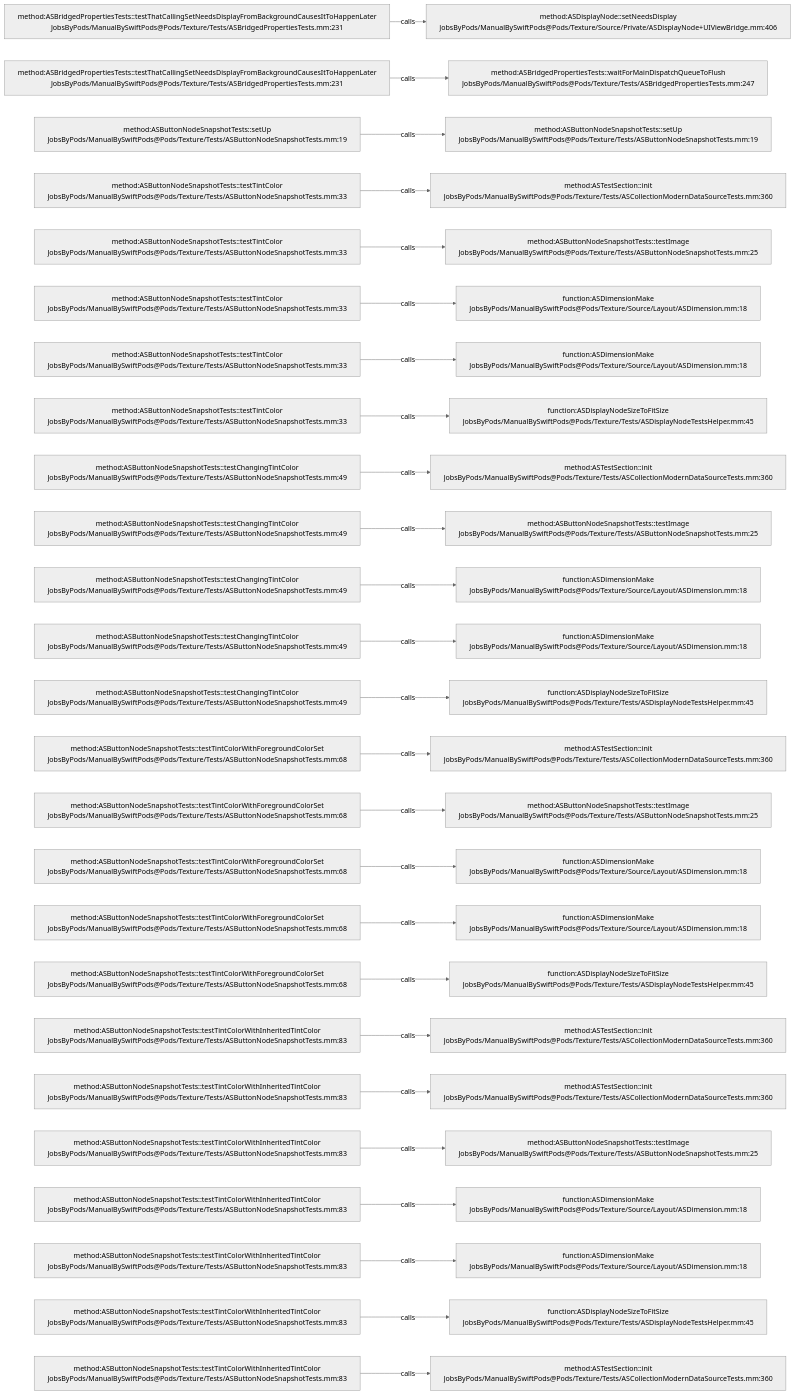
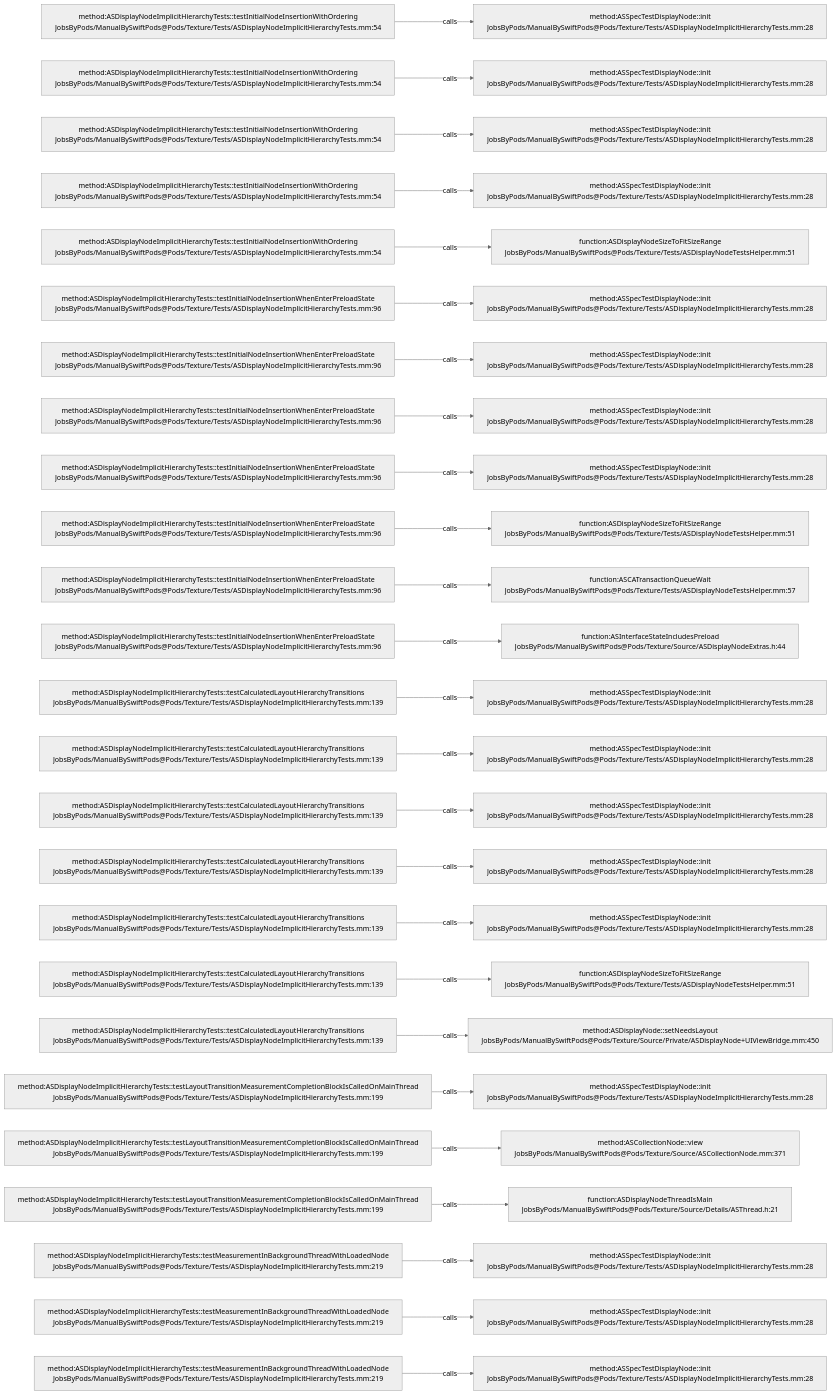
Before and after one commit to JobsKits/JobsSwiftBaseConfigDemo: the diagram in .codegraph/codegraph.md/graphs/calls-184.md, drawn with Mermaid (neutral theme). The commit also changed 832 other files, not shown here.

````diff
--- a/.codegraph/codegraph.md/graphs/calls-184.md
+++ b/.codegraph/codegraph.md/graphs/calls-184.md
@@ -13,78 +13,78 @@
 ```mermaid
 flowchart LR
-  S1["method:ASBridgedPropertiesTests::testThatCallingSetNeedsDisplayFromBackgroundCausesItToHappenLater<br/>JobsByPods/ManualBySwiftPods@Pods/Texture/Tests/ASBridgedPropertiesTests.mm:231"]
-  T1["method:ASDisplayNode::setNeedsDisplay<br/>JobsByPods/ManualBySwiftPods@Pods/Texture/Source/Private/ASDisplayNode+UIViewBridge.mm:406"]
+  S1["method:ASDisplayNodeImplicitHierarchyTests::testInitialNodeInsertionWithOrdering<br/>JobsByPods/ManualBySwiftPods@Pods/Texture/Tests/ASDisplayNodeImplicitHierarchyTests.mm:54"]
+  T1["method:ASSpecTestDisplayNode::init<br/>JobsByPods/ManualBySwiftPods@Pods/Texture/Tests/ASDisplayNodeImplicitHierarchyTests.mm:28"]
   S1 -->|calls| T1
-  S2["method:ASBridgedPropertiesTests::testThatCallingSetNeedsDisplayFromBackgroundCausesItToHappenLater<br/>JobsByPods/ManualBySwiftPods@Pods/Texture/Tests/ASBridgedPropertiesTests.mm:231"]
-  T2["method:ASBridgedPropertiesTests::waitForMainDispatchQueueToFlush<br/>JobsByPods/ManualBySwiftPods@Pods/Texture/Tests/ASBridgedPropertiesTests.mm:247"]
+  S2["method:ASDisplayNodeImplicitHierarchyTests::testInitialNodeInsertionWithOrdering<br/>JobsByPods/ManualBySwiftPods@Pods/Texture/Tests/ASDisplayNodeImplicitHierarchyTests.mm:54"]
+  T2["method:ASSpecTestDisplayNode::init<br/>JobsByPods/ManualBySwiftPods@Pods/Texture/Tests/ASDisplayNodeImplicitHierarchyTests.mm:28"]
   S2 -->|calls| T2
-  S3["method:ASButtonNodeSnapshotTests::setUp<br/>JobsByPods/ManualBySwiftPods@Pods/Texture/Tests/ASButtonNodeSnapshotTests.mm:19"]
-  T3["method:ASButtonNodeSnapshotTests::setUp<br/>JobsByPods/ManualBySwiftPods@Pods/Texture/Tests/ASButtonNodeSnapshotTests.mm:19"]
+  S3["method:ASDisplayNodeImplicitHierarchyTests::testInitialNodeInsertionWithOrdering<br/>JobsByPods/ManualBySwiftPods@Pods/Texture/Tests/ASDisplayNodeImplicitHierarchyTests.mm:54"]
+  T3["method:ASSpecTestDisplayNode::init<br/>JobsByPods/ManualBySwiftPods@Pods/Texture/Tests/ASDisplayNodeImplicitHierarchyTests.mm:28"]
   S3 -->|calls| T3
-  S4["method:ASButtonNodeSnapshotTests::testTintColor<br/>JobsByPods/ManualBySwiftPods@Pods/Texture/Tests/ASButtonNodeSnapshotTests.mm:33"]
-  T4["method:ASTestSection::init<br/>JobsByPods/ManualBySwiftPods@Pods/Texture/Tests/ASCollectionModernDataSourceTests.mm:360"]
+  S4["method:ASDisplayNodeImplicitHierarchyTests::testInitialNodeInsertionWithOrdering<br/>JobsByPods/ManualBySwiftPods@Pods/Texture/Tests/ASDisplayNodeImplicitHierarchyTests.mm:54"]
+  T4["method:ASSpecTestDisplayNode::init<br/>JobsByPods/ManualBySwiftPods@Pods/Texture/Tests/ASDisplayNodeImplicitHierarchyTests.mm:28"]
   S4 -->|calls| T4
-  S5["method:ASButtonNodeSnapshotTests::testTintColor<br/>JobsByPods/ManualBySwiftPods@Pods/Texture/Tests/ASButtonNodeSnapshotTests.mm:33"]
-  T5["method:ASButtonNodeSnapshotTests::testImage<br/>JobsByPods/ManualBySwiftPods@Pods/Texture/Tests/ASButtonNodeSnapshotTests.mm:25"]
+  S5["method:ASDisplayNodeImplicitHierarchyTests::testInitialNodeInsertionWithOrdering<br/>JobsByPods/ManualBySwiftPods@Pods/Texture/Tests/ASDisplayNodeImplicitHierarchyTests.mm:54"]
+  T5["function:ASDisplayNodeSizeToFitSizeRange<br/>JobsByPods/ManualBySwiftPods@Pods/Texture/Tests/ASDisplayNodeTestsHelper.mm:51"]
   S5 -->|calls| T5
-  S6["method:ASButtonNodeSnapshotTests::testTintColor<br/>JobsByPods/ManualBySwiftPods@Pods/Texture/Tests/ASButtonNodeSnapshotTests.mm:33"]
-  T6["function:ASDimensionMake<br/>JobsByPods/ManualBySwiftPods@Pods/Texture/Source/Layout/ASDimension.mm:18"]
+  S6["method:ASDisplayNodeImplicitHierarchyTests::testInitialNodeInsertionWhenEnterPreloadState<br/>JobsByPods/ManualBySwiftPods@Pods/Texture/Tests/ASDisplayNodeImplicitHierarchyTests.mm:96"]
+  T6["method:ASSpecTestDisplayNode::init<br/>JobsByPods/ManualBySwiftPods@Pods/Texture/Tests/ASDisplayNodeImplicitHierarchyTests.mm:28"]
   S6 -->|calls| T6
-  S7["method:ASButtonNodeSnapshotTests::testTintColor<br/>JobsByPods/ManualBySwiftPods@Pods/Texture/Tests/ASButtonNodeSnapshotTests.mm:33"]
-  T7["function:ASDimensionMake<br/>JobsByPods/ManualBySwiftPods@Pods/Texture/Source/Layout/ASDimension.mm:18"]
+  S7["method:ASDisplayNodeImplicitHierarchyTests::testInitialNodeInsertionWhenEnterPreloadState<br/>JobsByPods/ManualBySwiftPods@Pods/Texture/Tests/ASDisplayNodeImplicitHierarchyTests.mm:96"]
+  T7["method:ASSpecTestDisplayNode::init<br/>JobsByPods/ManualBySwiftPods@Pods/Texture/Tests/ASDisplayNodeImplicitHierarchyTests.mm:28"]
   S7 -->|calls| T7
-  S8["method:ASButtonNodeSnapshotTests::testTintColor<br/>JobsByPods/ManualBySwiftPods@Pods/Texture/Tests/ASButtonNodeSnapshotTests.mm:33"]
-  T8["function:ASDisplayNodeSizeToFitSize<br/>JobsByPods/ManualBySwiftPods@Pods/Texture/Tests/ASDisplayNodeTestsHelper.mm:45"]
+  S8["method:ASDisplayNodeImplicitHierarchyTests::testInitialNodeInsertionWhenEnterPreloadState<br/>JobsByPods/ManualBySwiftPods@Pods/Texture/Tests/ASDisplayNodeImplicitHierarchyTests.mm:96"]
+  T8["method:ASSpecTestDisplayNode::init<br/>JobsByPods/ManualBySwiftPods@Pods/Texture/Tests/ASDisplayNodeImplicitHierarchyTests.mm:28"]
   S8 -->|calls| T8
-  S9["method:ASButtonNodeSnapshotTests::testChangingTintColor<br/>JobsByPods/ManualBySwiftPods@Pods/Texture/Tests/ASButtonNodeSnapshotTests.mm:49"]
-  T9["method:ASTestSection::init<br/>JobsByPods/ManualBySwiftPods@Pods/Texture/Tests/ASCollectionModernDataSourceTests.mm:360"]
+  S9["method:ASDisplayNodeImplicitHierarchyTests::testInitialNodeInsertionWhenEnterPreloadState<br/>JobsByPods/ManualBySwiftPods@Pods/Texture/Tests/ASDisplayNodeImplicitHierarchyTests.mm:96"]
+  T9["method:ASSpecTestDisplayNode::init<br/>JobsByPods/ManualBySwiftPods@Pods/Texture/Tests/ASDisplayNodeImplicitHierarchyTests.mm:28"]
   S9 -->|calls| T9
-  S10["method:ASButtonNodeSnapshotTests::testChangingTintColor<br/>JobsByPods/ManualBySwiftPods@Pods/Texture/Tests/ASButtonNodeSnapshotTests.mm:49"]
-  T10["method:ASButtonNodeSnapshotTests::testImage<br/>JobsByPods/ManualBySwiftPods@Pods/Texture/Tests/ASButtonNodeSnapshotTests.mm:25"]
+  S10["method:ASDisplayNodeImplicitHierarchyTests::testInitialNodeInsertionWhenEnterPreloadState<br/>JobsByPods/ManualBySwiftPods@Pods/Texture/Tests/ASDisplayNodeImplicitHierarchyTests.mm:96"]
+  T10["function:ASDisplayNodeSizeToFitSizeRange<br/>JobsByPods/ManualBySwiftPods@Pods/Texture/Tests/ASDisplayNodeTestsHelper.mm:51"]
   S10 -->|calls| T10
-  S11["method:ASButtonNodeSnapshotTests::testChangingTintColor<br/>JobsByPods/ManualBySwiftPods@Pods/Texture/Tests/ASButtonNodeSnapshotTests.mm:49"]
-  T11["function:ASDimensionMake<br/>JobsByPods/ManualBySwiftPods@Pods/Texture/Source/Layout/ASDimension.mm:18"]
+  S11["method:ASDisplayNodeImplicitHierarchyTests::testInitialNodeInsertionWhenEnterPreloadState<br/>JobsByPods/ManualBySwiftPods@Pods/Texture/Tests/ASDisplayNodeImplicitHierarchyTests.mm:96"]
+  T11["function:ASCATransactionQueueWait<br/>JobsByPods/ManualBySwiftPods@Pods/Texture/Tests/ASDisplayNodeTestsHelper.mm:57"]
   S11 -->|calls| T11
-  S12["method:ASButtonNodeSnapshotTests::testChangingTintColor<br/>JobsByPods/ManualBySwiftPods@Pods/Texture/Tests/ASButtonNodeSnapshotTests.mm:49"]
-  T12["function:ASDimensionMake<br/>JobsByPods/ManualBySwiftPods@Pods/Texture/Source/Layout/ASDimension.mm:18"]
+  S12["method:ASDisplayNodeImplicitHierarchyTests::testInitialNodeInsertionWhenEnterPreloadState<br/>JobsByPods/ManualBySwiftPods@Pods/Texture/Tests/ASDisplayNodeImplicitHierarchyTests.mm:96"]
+  T12["function:ASInterfaceStateIncludesPreload<br/>JobsByPods/ManualBySwiftPods@Pods/Texture/Source/ASDisplayNodeExtras.h:44"]
   S12 -->|calls| T12
-  S13["method:ASButtonNodeSnapshotTests::testChangingTintColor<br/>JobsByPods/ManualBySwiftPods@Pods/Texture/Tests/ASButtonNodeSnapshotTests.mm:49"]
-  T13["function:ASDisplayNodeSizeToFitSize<br/>JobsByPods/ManualBySwiftPods@Pods/Texture/Tests/ASDisplayNodeTestsHelper.mm:45"]
+  S13["method:ASDisplayNodeImplicitHierarchyTests::testCalculatedLayoutHierarchyTransitions<br/>JobsByPods/ManualBySwiftPods@Pods/Texture/Tests/ASDisplayNodeImplicitHierarchyTests.mm:139"]
+  T13["method:ASSpecTestDisplayNode::init<br/>JobsByPods/ManualBySwiftPods@Pods/Texture/Tests/ASDisplayNodeImplicitHierarchyTests.mm:28"]
   S13 -->|calls| T13
-  S14["method:ASButtonNodeSnapshotTests::testTintColorWithForegroundColorSet<br/>JobsByPods/ManualBySwiftPods@Pods/Texture/Tests/ASButtonNodeSnapshotTests.mm:68"]
-  T14["method:ASTestSection::init<br/>JobsByPods/ManualBySwiftPods@Pods/Texture/Tests/ASCollectionModernDataSourceTests.mm:360"]
+  S14["method:ASDisplayNodeImplicitHierarchyTests::testCalculatedLayoutHierarchyTransitions<br/>JobsByPods/ManualBySwiftPods@Pods/Texture/Tests/ASDisplayNodeImplicitHierarchyTests.mm:139"]
+  T14["method:ASSpecTestDisplayNode::init<br/>JobsByPods/ManualBySwiftPods@Pods/Texture/Tests/ASDisplayNodeImplicitHierarchyTests.mm:28"]
   S14 -->|calls| T14
-  S15["method:ASButtonNodeSnapshotTests::testTintColorWithForegroundColorSet<br/>JobsByPods/ManualBySwiftPods@Pods/Texture/Tests/ASButtonNodeSnapshotTests.mm:68"]
-  T15["method:ASButtonNodeSnapshotTests::testImage<br/>JobsByPods/ManualBySwiftPods@Pods/Texture/Tests/ASButtonNodeSnapshotTests.mm:25"]
+  S15["method:ASDisplayNodeImplicitHierarchyTests::testCalculatedLayoutHierarchyTransitions<br/>JobsByPods/ManualBySwiftPods@Pods/Texture/Tests/ASDisplayNodeImplicitHierarchyTests.mm:139"]
+  T15["method:ASSpecTestDisplayNode::init<br/>JobsByPods/ManualBySwiftPods@Pods/Texture/Tests/ASDisplayNodeImplicitHierarchyTests.mm:28"]
   S15 -->|calls| T15
-  S16["method:ASButtonNodeSnapshotTests::testTintColorWithForegroundColorSet<br/>JobsByPods/ManualBySwiftPods@Pods/Texture/Tests/ASButtonNodeSnapshotTests.mm:68"]
-  T16["function:ASDimensionMake<br/>JobsByPods/ManualBySwiftPods@Pods/Texture/Source/Layout/ASDimension.mm:18"]
+  S16["method:ASDisplayNodeImplicitHierarchyTests::testCalculatedLayoutHierarchyTransitions<br/>JobsByPods/ManualBySwiftPods@Pods/Texture/Tests/ASDisplayNodeImplicitHierarchyTests.mm:139"]
+  T16["method:ASSpecTestDisplayNode::init<br/>JobsByPods/ManualBySwiftPods@Pods/Texture/Tests/ASDisplayNodeImplicitHierarchyTests.mm:28"]
   S16 -->|calls| T16
-  S17["method:ASButtonNodeSnapshotTests::testTintColorWithForegroundColorSet<br/>JobsByPods/ManualBySwiftPods@Pods/Texture/Tests/ASButtonNodeSnapshotTests.mm:68"]
-  T17["function:ASDimensionMake<br/>JobsByPods/ManualBySwiftPods@Pods/Texture/Source/Layout/ASDimension.mm:18"]
+  S17["method:ASDisplayNodeImplicitHierarchyTests::testCalculatedLayoutHierarchyTransitions<br/>JobsByPods/ManualBySwiftPods@Pods/Texture/Tests/ASDisplayNodeImplicitHierarchyTests.mm:139"]
+  T17["method:ASSpecTestDisplayNode::init<br/>JobsByPods/ManualBySwiftPods@Pods/Texture/Tests/ASDisplayNodeImplicitHierarchyTests.mm:28"]
   S17 -->|calls| T17
-  S18["method:ASButtonNodeSnapshotTests::testTintColorWithForegroundColorSet<br/>JobsByPods/ManualBySwiftPods@Pods/Texture/Tests/ASButtonNodeSnapshotTests.mm:68"]
-  T18["function:ASDisplayNodeSizeToFitSize<br/>JobsByPods/ManualBySwiftPods@Pods/Texture/Tests/ASDisplayNodeTestsHelper.mm:45"]
+  S18["method:ASDisplayNodeImplicitHierarchyTests::testCalculatedLayoutHierarchyTransitions<br/>JobsByPods/ManualBySwiftPods@Pods/Texture/Tests/ASDisplayNodeImplicitHierarchyTests.mm:139"]
+  T18["function:ASDisplayNodeSizeToFitSizeRange<br/>JobsByPods/ManualBySwiftPods@Pods/Texture/Tests/ASDisplayNodeTestsHelper.mm:51"]
   S18 -->|calls| T18
-  S19["method:ASButtonNodeSnapshotTests::testTintColorWithInheritedTintColor<br/>JobsByPods/ManualBySwiftPods@Pods/Texture/Tests/ASButtonNodeSnapshotTests.mm:83"]
-  T19["method:ASTestSection::init<br/>JobsByPods/ManualBySwiftPods@Pods/Texture/Tests/ASCollectionModernDataSourceTests.mm:360"]
+  S19["method:ASDisplayNodeImplicitHierarchyTests::testCalculatedLayoutHierarchyTransitions<br/>JobsByPods/ManualBySwiftPods@Pods/Texture/Tests/ASDisplayNodeImplicitHierarchyTests.mm:139"]
+  T19["method:ASDisplayNode::setNeedsLayout<br/>JobsByPods/ManualBySwiftPods@Pods/Texture/Source/Private/ASDisplayNode+UIViewBridge.mm:450"]
   S19 -->|calls| T19
-  S20["method:ASButtonNodeSnapshotTests::testTintColorWithInheritedTintColor<br/>JobsByPods/ManualBySwiftPods@Pods/Texture/Tests/ASButtonNodeSnapshotTests.mm:83"]
-  T20["method:ASTestSection::init<br/>JobsByPods/ManualBySwiftPods@Pods/Texture/Tests/ASCollectionModernDataSourceTests.mm:360"]
+  S20["method:ASDisplayNodeImplicitHierarchyTests::testLayoutTransitionMeasurementCompletionBlockIsCalledOnMainThread<br/>JobsByPods/ManualBySwiftPods@Pods/Texture/Tests/ASDisplayNodeImplicitHierarchyTests.mm:199"]
+  T20["method:ASSpecTestDisplayNode::init<br/>JobsByPods/ManualBySwiftPods@Pods/Texture/Tests/ASDisplayNodeImplicitHierarchyTests.mm:28"]
   S20 -->|calls| T20
-  S21["method:ASButtonNodeSnapshotTests::testTintColorWithInheritedTintColor<br/>JobsByPods/ManualBySwiftPods@Pods/Texture/Tests/ASButtonNodeSnapshotTests.mm:83"]
-  T21["method:ASButtonNodeSnapshotTests::testImage<br/>JobsByPods/ManualBySwiftPods@Pods/Texture/Tests/ASButtonNodeSnapshotTests.mm:25"]
+  S21["method:ASDisplayNodeImplicitHierarchyTests::testLayoutTransitionMeasurementCompletionBlockIsCalledOnMainThread<br/>JobsByPods/ManualBySwiftPods@Pods/Texture/Tests/ASDisplayNodeImplicitHierarchyTests.mm:199"]
+  T21["method:ASCollectionNode::view<br/>JobsByPods/ManualBySwiftPods@Pods/Texture/Source/ASCollectionNode.mm:371"]
   S21 -->|calls| T21
-  S22["method:ASButtonNodeSnapshotTests::testTintColorWithInheritedTintColor<br/>JobsByPods/ManualBySwiftPods@Pods/Texture/Tests/ASButtonNodeSnapshotTests.mm:83"]
-  T22["function:ASDimensionMake<br/>JobsByPods/ManualBySwiftPods@Pods/Texture/Source/Layout/ASDimension.mm:18"]
+  S22["method:ASDisplayNodeImplicitHierarchyTests::testLayoutTransitionMeasurementCompletionBlockIsCalledOnMainThread<br/>JobsByPods/ManualBySwiftPods@Pods/Texture/Tests/ASDisplayNodeImplicitHierarchyTests.mm:199"]
+  T22["function:ASDisplayNodeThreadIsMain<br/>JobsByPods/ManualBySwiftPods@Pods/Texture/Source/Details/ASThread.h:21"]
   S22 -->|calls| T22
-  S23["method:ASButtonNodeSnapshotTests::testTintColorWithInheritedTintColor<br/>JobsByPods/ManualBySwiftPods@Pods/Texture/Tests/ASButtonNodeSnapshotTests.mm:83"]
-  T23["function:ASDimensionMake<br/>JobsByPods/ManualBySwiftPods@Pods/Texture/Source/Layout/ASDimension.mm:18"]
+  S23["method:ASDisplayNodeImplicitHierarchyTests::testMeasurementInBackgroundThreadWithLoadedNode<br/>JobsByPods/ManualBySwiftPods@Pods/Texture/Tests/ASDisplayNodeImplicitHierarchyTests.mm:219"]
+  T23["method:ASSpecTestDisplayNode::init<br/>JobsByPods/ManualBySwiftPods@Pods/Texture/Tests/ASDisplayNodeImplicitHierarchyTests.mm:28"]
   S23 -->|calls| T23
-  S24["method:ASButtonNodeSnapshotTests::testTintColorWithInheritedTintColor<br/>JobsByPods/ManualBySwiftPods@Pods/Texture/Tests/ASButtonNodeSnapshotTests.mm:83"]
-  T24["function:ASDisplayNodeSizeToFitSize<br/>JobsByPods/ManualBySwiftPods@Pods/Texture/Tests/ASDisplayNodeTestsHelper.mm:45"]
+  S24["method:ASDisplayNodeImplicitHierarchyTests::testMeasurementInBackgroundThreadWithLoadedNode<br/>JobsByPods/ManualBySwiftPods@Pods/Texture/Tests/ASDisplayNodeImplicitHierarchyTests.mm:219"]
+  T24["method:ASSpecTestDisplayNode::init<br/>JobsByPods/ManualBySwiftPods@Pods/Texture/Tests/ASDisplayNodeImplicitHierarchyTests.mm:28"]
   S24 -->|calls| T24
-  S25["method:ASButtonNodeSnapshotTests::testTintColorWithInheritedTintColor<br/>JobsByPods/ManualBySwiftPods@Pods/Texture/Tests/ASButtonNodeSnapshotTests.mm:83"]
-  T25["method:ASTestSection::init<br/>JobsByPods/ManualBySwiftPods@Pods/Texture/Tests/ASCollectionModernDataSourceTests.mm:360"]
+  S25["method:ASDisplayNodeImplicitHierarchyTests::testMeasurementInBackgroundThreadWithLoadedNode<br/>JobsByPods/ManualBySwiftPods@Pods/Texture/Tests/ASDisplayNodeImplicitHierarchyTests.mm:219"]
+  T25["method:ASSpecTestDisplayNode::init<br/>JobsByPods/ManualBySwiftPods@Pods/Texture/Tests/ASDisplayNodeImplicitHierarchyTests.mm:28"]
   S25 -->|calls| T25
 ```
````
